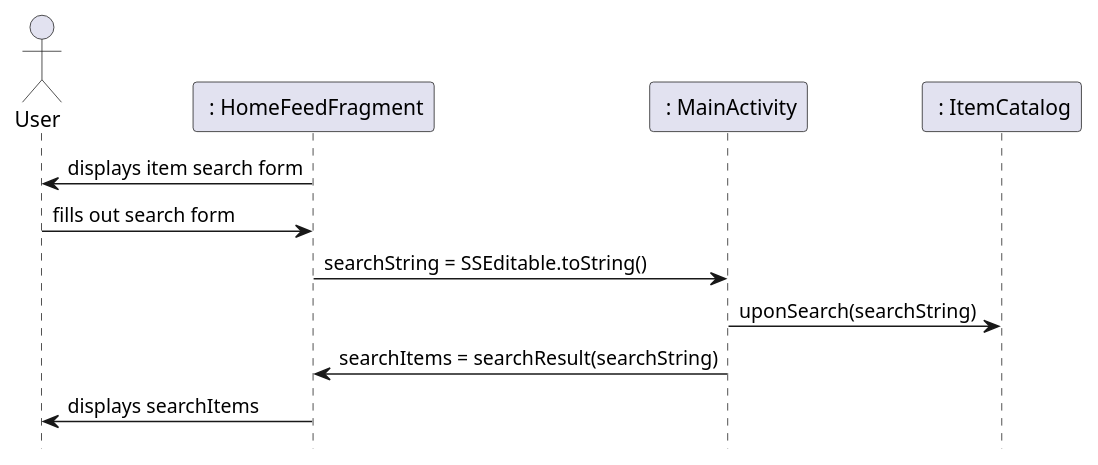
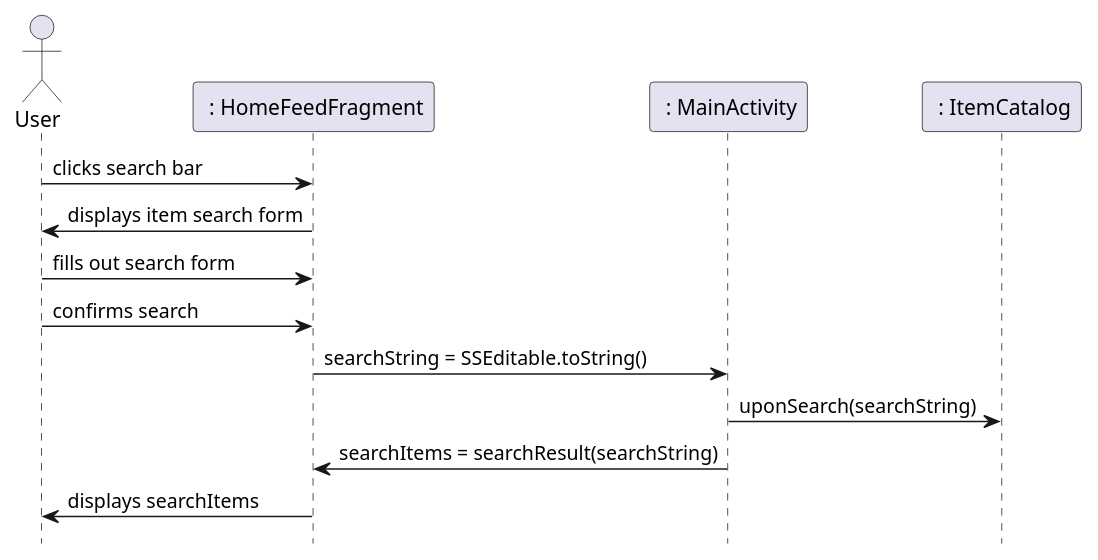
One commit to remyben-creator/Marketplace-Application changed the fifth of 8 diagrams in IntelliJ/Doc/design.md. Above: the diagram before and after it, drawn with PlantUML. The commit also changed other lines of this file and 1 other file, not shown here.

Commit message:
Sequence Diagrams Finalized

````diff
--- a/IntelliJ/Doc/design.md
+++ b/IntelliJ/Doc/design.md
@@ -127,15 +146,17 @@
 ```plantuml
 hide footbox
 actor User as user
 participant " : HomeFeedFragment" as ui
 participant " : MainActivity" as controller
 participant " : ItemCatalog" as itemCatalog
 
+user -> ui : clicks search bar
 ui -> user : displays item search form 
 user -> ui : fills out search form
+user -> ui : confirms search
 ui -> controller :  searchString = SSEditable.toString()
 controller -> itemCatalog : uponSearch(searchString)
 controller -> ui : searchItems = searchResult(searchString)
 ui -> user : displays searchItems
 
 ```
````
